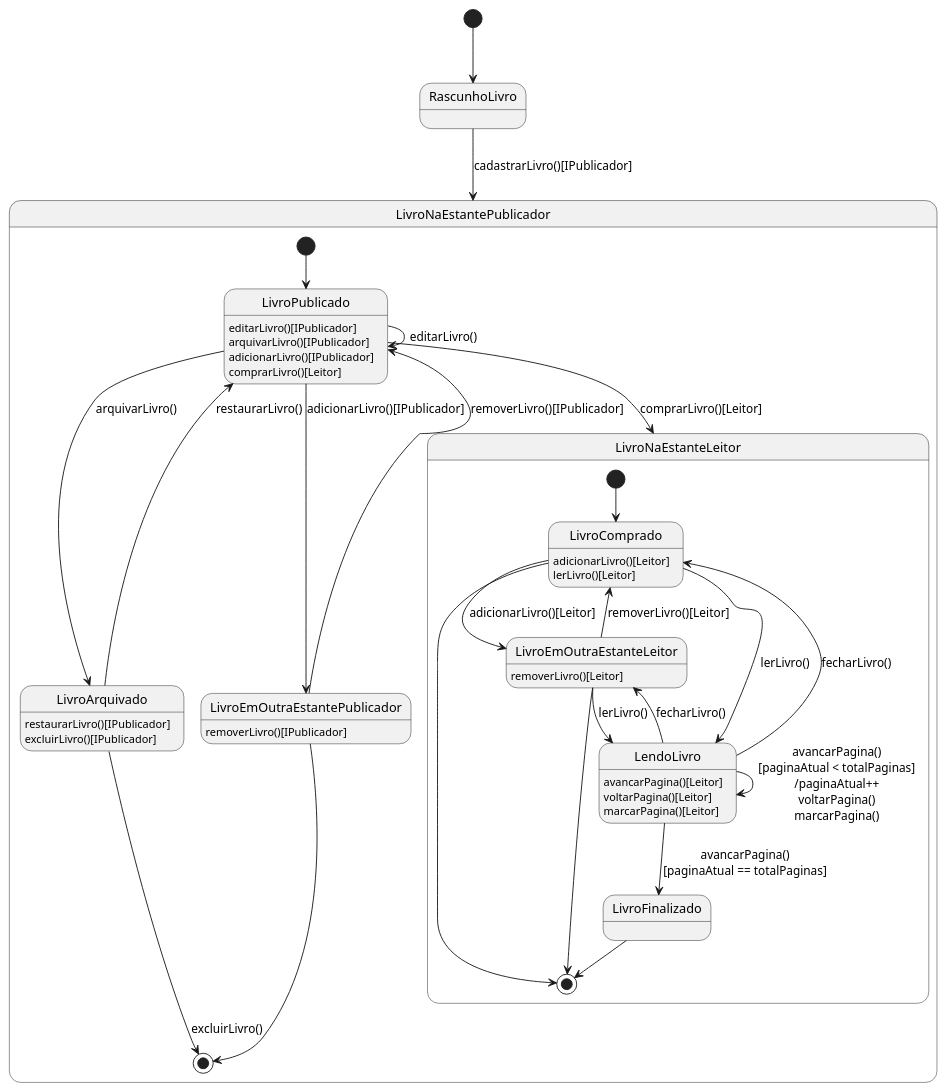
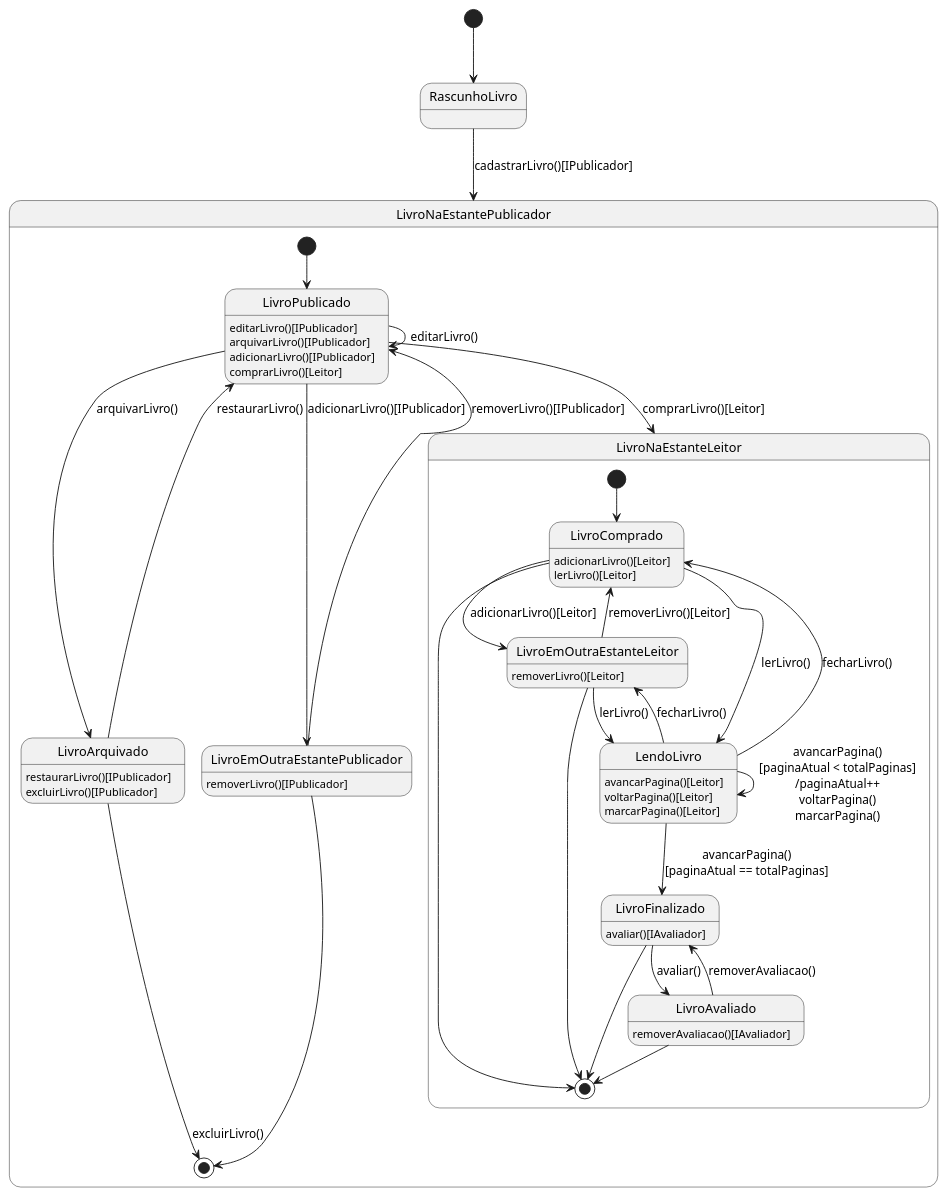
One commit to jalv21/iLib changed the diagram in docs/codigo-plantuml/diagramas-estados/dte-livro.puml. Above: the diagram before and after it, drawn with PlantUML.

Commit message:
docs/finalizando DTE Livro

```diff
--- a/docs/codigo-plantuml/diagramas-estados/dte-livro.puml
+++ b/docs/codigo-plantuml/diagramas-estados/dte-livro.puml
@@ -1,63 +1,70 @@
 @startuml dte-livro
 skinparam style strictuml
 
 [*] --> RascunhoLivro
 RascunhoLivro --> LivroNaEstantePublicador : cadastrarLivro()[IPublicador]
 
 state LivroNaEstantePublicador {
     [*] --> LivroPublicado
 
     LivroPublicado : editarLivro()[IPublicador]
     LivroPublicado : arquivarLivro()[IPublicador]
     LivroPublicado : adicionarLivro()[IPublicador]
     LivroPublicado : comprarLivro()[Leitor]
 
     LivroPublicado --> LivroPublicado : editarLivro()
 
     LivroPublicado --> LivroArquivado : arquivarLivro()
     LivroArquivado : restaurarLivro()[IPublicador]
     LivroArquivado : excluirLivro()[IPublicador]
 
     LivroArquivado --> LivroPublicado : restaurarLivro()
 
     LivroArquivado --> [*] : excluirLivro()
 
     LivroPublicado --> LivroEmOutraEstantePublicador : adicionarLivro()[IPublicador]
     LivroEmOutraEstantePublicador --> LivroPublicado : removerLivro()[IPublicador]
     LivroEmOutraEstantePublicador : removerLivro()[IPublicador]
 
     LivroEmOutraEstantePublicador --> [*]
 
     LivroPublicado --> LivroNaEstanteLeitor : comprarLivro()[Leitor]
     
     state LivroNaEstanteLeitor {
         [*] --> LivroComprado
-        
+
         LivroComprado : adicionarLivro()[Leitor]
         LivroComprado : lerLivro()[Leitor]
 
         LivroComprado --> LivroEmOutraEstanteLeitor : adicionarLivro()[Leitor]
         LivroEmOutraEstanteLeitor --> LivroComprado : removerLivro()[Leitor]
 
         LivroEmOutraEstanteLeitor : removerLivro()[Leitor]
         LivroComprado --> [*]
         LivroEmOutraEstanteLeitor --> [*]
 
         LivroComprado --> LendoLivro : lerLivro()
         LivroEmOutraEstanteLeitor --> LendoLivro : lerLivro()
 
         LendoLivro : avancarPagina()[Leitor]
         LendoLivro : voltarPagina()[Leitor]
         LendoLivro : marcarPagina()[Leitor]
 
         LendoLivro --> LendoLivro : avancarPagina()\n[paginaAtual < totalPaginas]\n/paginaAtual++\nvoltarPagina()\nmarcarPagina()
 
         LendoLivro --> LivroFinalizado : avancarPagina()\n[paginaAtual == totalPaginas]
         LendoLivro --> LivroEmOutraEstanteLeitor : fecharLivro()
         LendoLivro --> LivroComprado : fecharLivro()
 
         LivroFinalizado --> [*]
+        LivroFinalizado : avaliar()[IAvaliador]
+
+        LivroFinalizado --> LivroAvaliado : avaliar()
+        LivroAvaliado --> LivroFinalizado : removerAvaliacao()
+
+        LivroAvaliado : removerAvaliacao()[IAvaliador]
+        LivroAvaliado --> [*]
     }
 }
 
 @enduml
```
